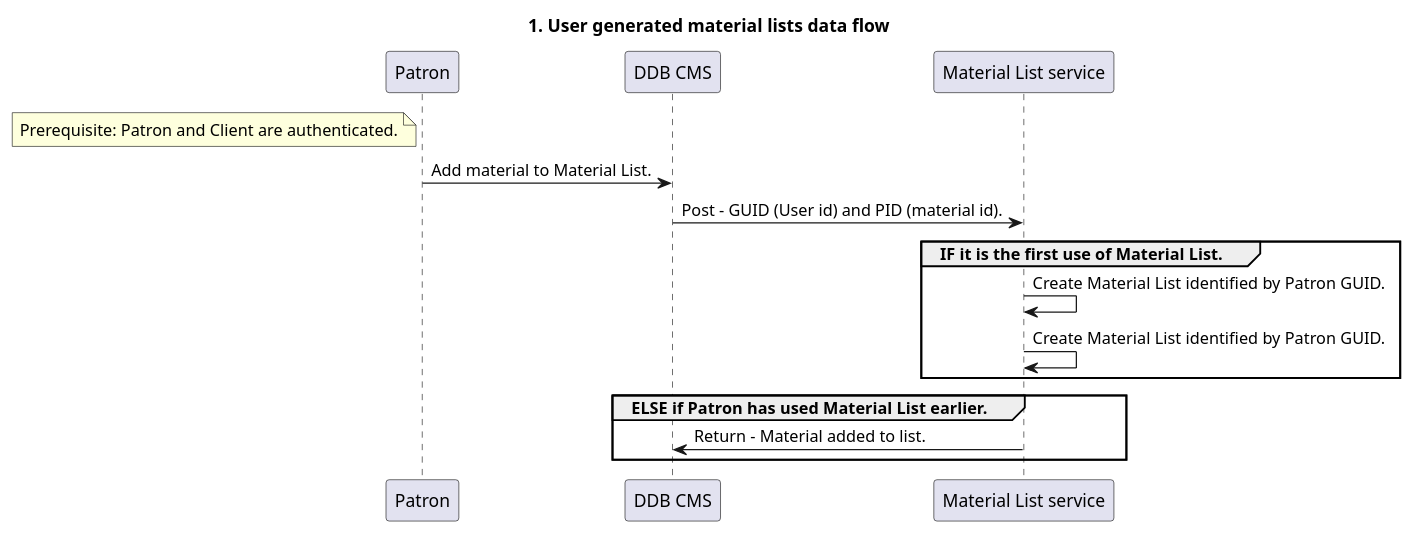
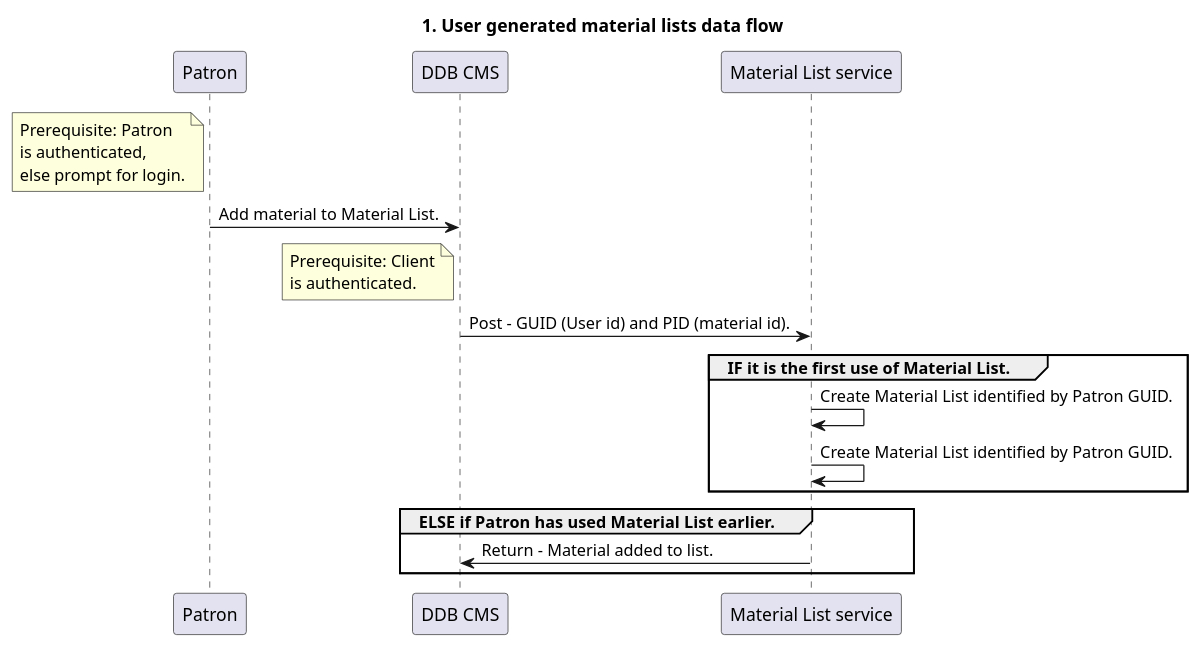
The diagram in plantuml/diagrams_openlist_material-list.puml (rolfmadsen/rolfmadsen.github.com), drawn with PlantUML before and after one commit.

Commit message:
Fixes to PlantUML notes for multiple lines.

```diff
--- a/plantuml/diagrams_openlist_material-list.puml
+++ b/plantuml/diagrams_openlist_material-list.puml
@@ -1,18 +1,28 @@
 @startuml
     Title: 1. User generated material lists data flow
 
-    Note left of Patron: Prerequisite: Patron and Client are authenticated.
-            
+    Note left of Patron
+        Prerequisite: Patron 
+        is authenticated, 
+        else prompt for login.
+    end note
+
     "Patron"->"DDB CMS": Add material to Material List.
+    
+    Note left of "DDB CMS"
+        Prerequisite: Client
+        is authenticated.
+    end note
+
     "DDB CMS"->"Material List service": Post - GUID (User id) and PID (material id).
 
     group IF it is the first use of Material List.
         "Material List service"->"Material List service": Create Material List identified by Patron GUID.
         "Material List service"->"Material List service": Create Material List identified by Patron GUID.
     end
 
     group ELSE if Patron has used Material List earlier.
         "Material List service"->"DDB CMS": Return - Material added to list.
     end
             
 @enduml
```
